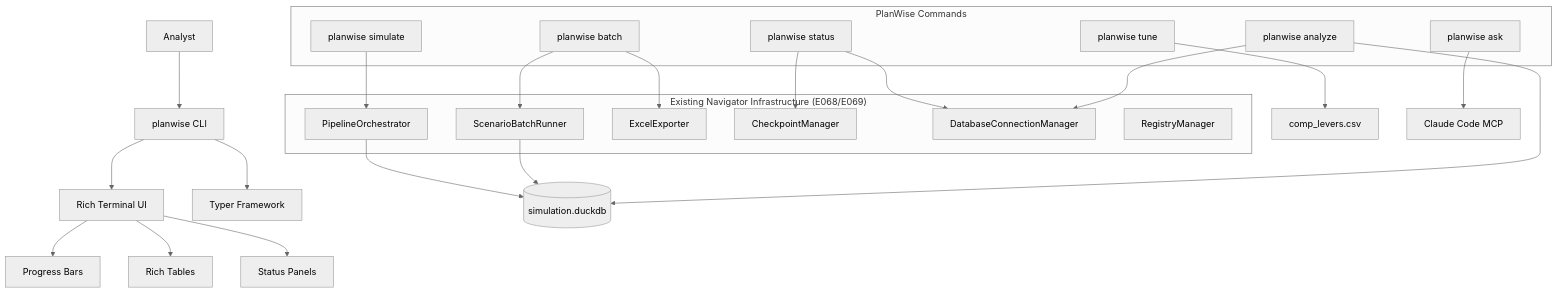
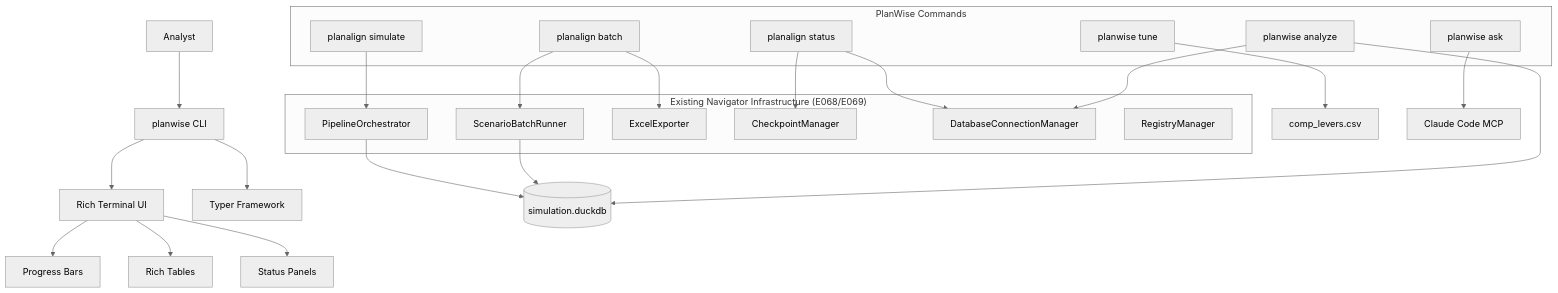
The diagram in docs/epics/E032_planwise_analyst_cli_platform.md (crzyc98/planwise_navigator), drawn with Mermaid (neutral theme) before and after one commit. The commit also changed other lines of this file and 433 other files, not shown here.

````diff
--- a/docs/epics/E032_planwise_analyst_cli_platform.md
+++ b/docs/epics/E032_planwise_analyst_cli_platform.md
@@ -357,42 +357,42 @@
 ```mermaid
 graph TD
     User[Analyst] --> PlanWise[planwise CLI]
 
     PlanWise --> Rich[Rich Terminal UI]
     PlanWise --> Typer[Typer Framework]
 
     subgraph "Existing Navigator Infrastructure (E068/E069)"
         Pipeline[PipelineOrchestrator]
         Batch[ScenarioBatchRunner]
         Excel[ExcelExporter]
         Checkpoint[CheckpointManager]
         DB[DatabaseConnectionManager]
         Registry[RegistryManager]
     end
 
     subgraph "PlanWise Commands"
-        Simulate[planwise simulate]
-        Status[planwise status]
-        BatchCmd[planwise batch]
+        Simulate[planalign simulate]
+        Status[planalign status]
+        BatchCmd[planalign batch]
         Analyze[planwise analyze]
         Tune[planwise tune]
         Ask[planwise ask]
     end
 
     Simulate --> Pipeline
     BatchCmd --> Batch
     BatchCmd --> Excel
     Status --> Checkpoint
     Status --> DB
     Analyze --> DB
     Tune --> CompLevers[comp_levers.csv]
     Ask --> MCP[Claude Code MCP]
 
     Pipeline --> DuckDB[(simulation.duckdb)]
     Batch --> DuckDB
     Analyze --> DuckDB
 
     Rich --> Progress[Progress Bars]
     Rich --> Tables[Rich Tables]
     Rich --> Panels[Status Panels]
 ```
````
